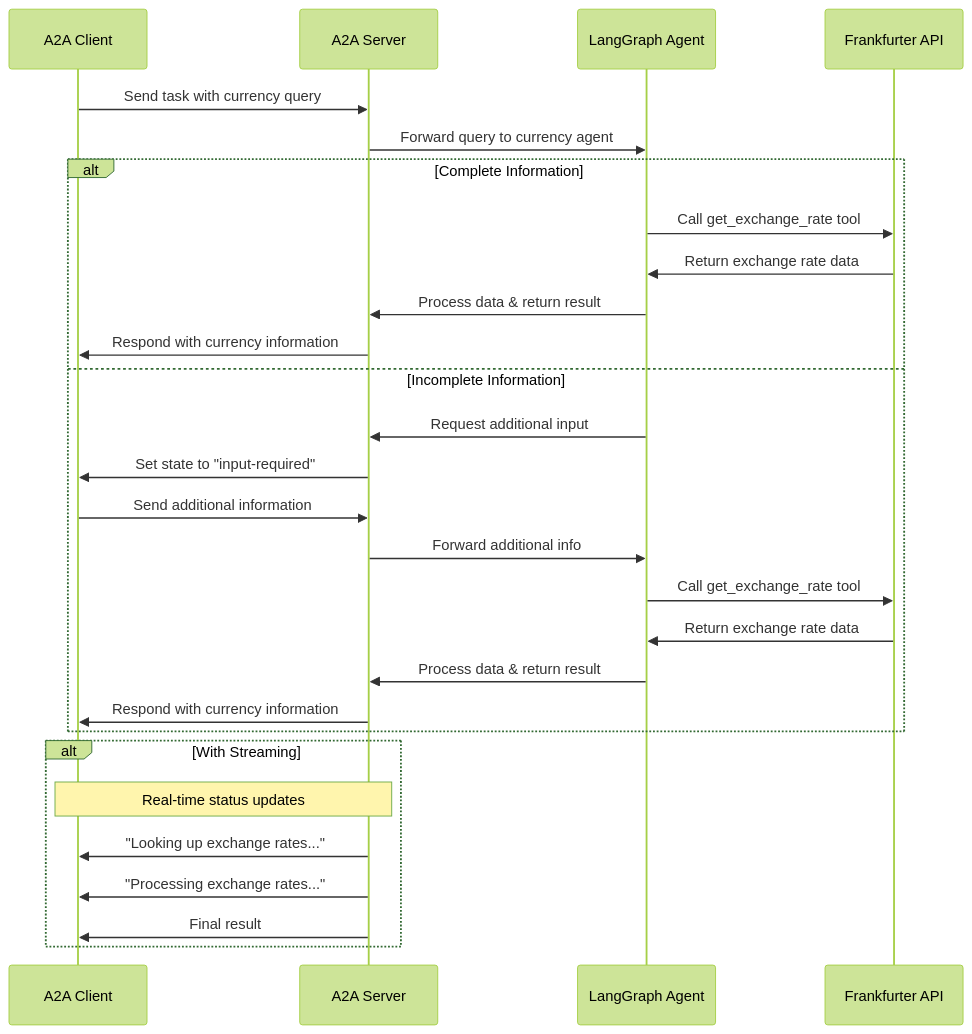
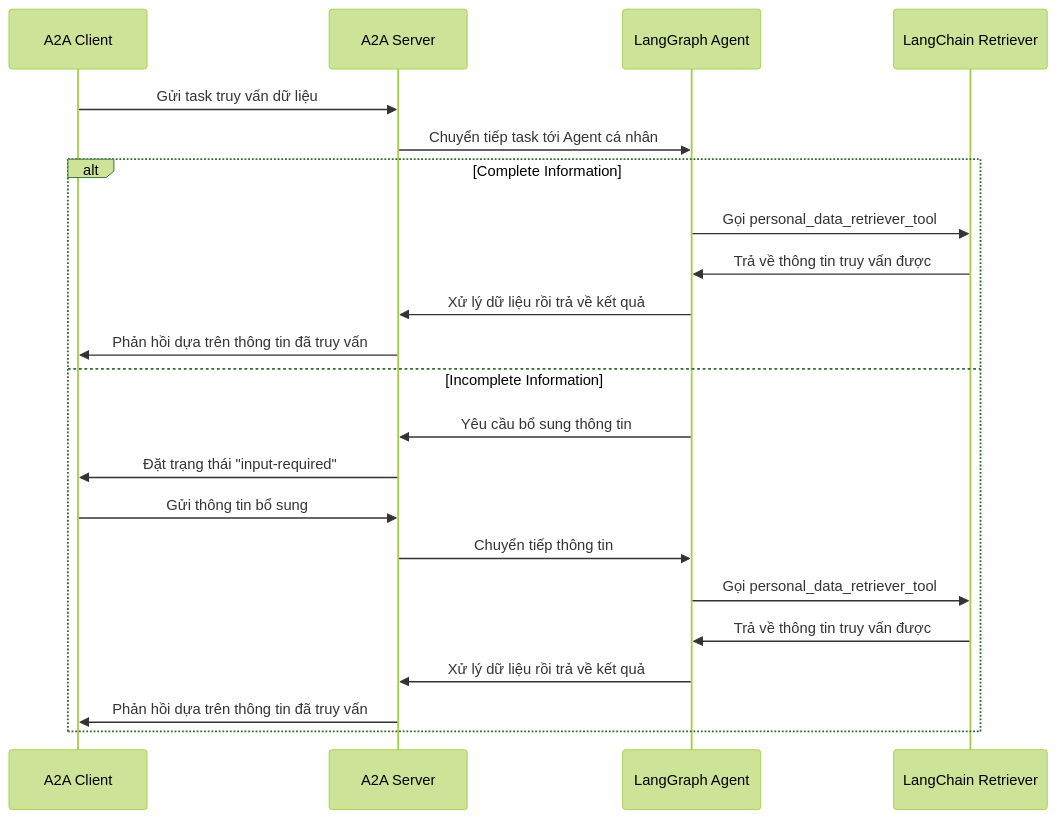
One commit to HuNguyen51/AI-agent-for-medical changed the diagram in agents/README.md. Above: the diagram before and after it, drawn with Mermaid (forest theme). The commit also changed other lines of this file and 12 other files, not shown here.

````diff
--- a/agents/README.md
+++ b/agents/README.md
@@ -9,33 +11,26 @@
 ```mermaid
 sequenceDiagram
     participant Client as A2A Client
     participant Server as A2A Server
     participant Agent as LangGraph Agent
-    participant API as Frankfurter API
+    participant Retriever as LangChain Retriever
 
-    Client->>Server: Send task with currency query
-    Server->>Agent: Forward query to currency agent
+    Client->>Server: Gửi task truy vấn dữ liệu
+    Server->>Agent:  Chuyển tiếp task tới Agent cá nhân
 
     alt Complete Information
-        Agent->>API: Call get_exchange_rate tool
-        API->>Agent: Return exchange rate data
-        Agent->>Server: Process data & return result
-        Server->>Client: Respond with currency information
+        Agent->>Retriever: Gọi personal_data_retriever_tool
+        Retriever->>Agent: Trả về thông tin truy vấn được
+        Agent->>Server: Xử lý dữ liệu rồi trả về kết quả
+        Server->>Client: Phản hồi dựa trên thông tin đã truy vấn
     else Incomplete Information
-        Agent->>Server: Request additional input
-        Server->>Client: Set state to "input-required"
-        Client->>Server: Send additional information
-        Server->>Agent: Forward additional info
-        Agent->>API: Call get_exchange_rate tool
-        API->>Agent: Return exchange rate data
-        Agent->>Server: Process data & return result
-        Server->>Client: Respond with currency information
-    end
-
-    alt With Streaming
-        Note over Client,Server: Real-time status updates
-        Server->>Client: "Looking up exchange rates..."
-        Server->>Client: "Processing exchange rates..."
-        Server->>Client: Final result
+        Agent->>Server: Yêu cầu bổ sung thông tin
+        Server->>Client: Đặt trạng thái "input-required"
+        Client->>Server: Gửi thông tin bổ sung
+        Server->>Agent: Chuyển tiếp thông tin
+        Agent->>Retriever: Gọi personal_data_retriever_tool
+        Retriever->>Agent: Trả về thông tin truy vấn được
+        Agent->>Server: Xử lý dữ liệu rồi trả về kết quả
+        Server->>Client: Phản hồi dựa trên thông tin đã truy vấn
     end
 ```
````
